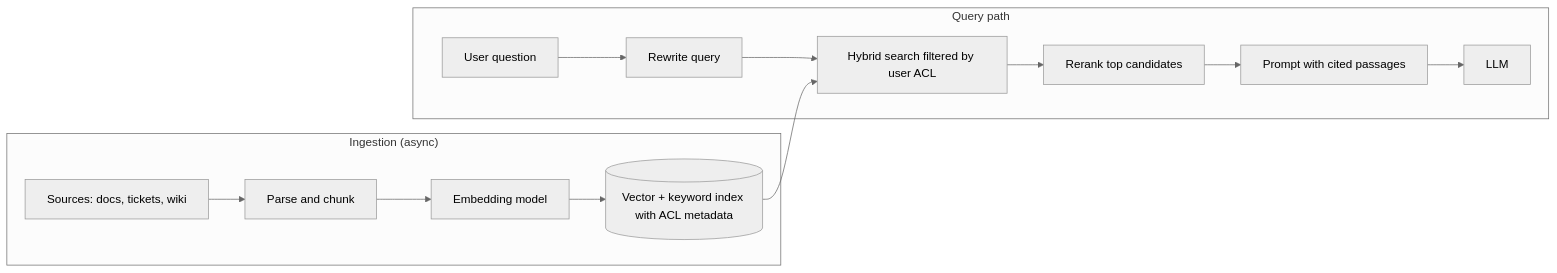
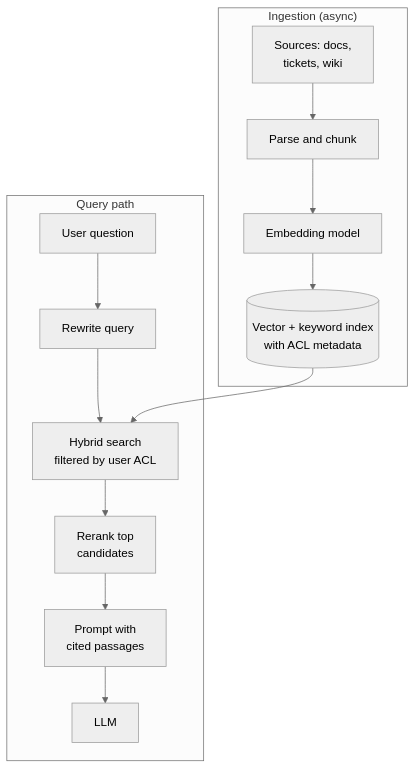
Before and after one commit to butyavk/system-design: the second of 2 diagrams in src/content/docs/architecture/llm-applications.mdx, drawn with Mermaid (neutral theme). The commit also changed other lines of this file and 144 other files, not shown here.

````diff
--- a/src/content/docs/architecture/llm-applications.mdx
+++ b/src/content/docs/architecture/llm-applications.mdx
@@ -112,16 +109,16 @@
 ```mermaid
-flowchart LR
+flowchart TB
   subgraph ingest["Ingestion (async)"]
-    src["Sources: docs, tickets, wiki"] --> parse["Parse and chunk"]
+    src["Sources: docs,<br/>tickets, wiki"] --> parse["Parse and chunk"]
     parse --> emb["Embedding model"]
-    emb --> idx[("Vector + keyword index with ACL metadata")]
+    emb --> idx[("Vector + keyword index<br/>with ACL metadata")]
   end
   subgraph query["Query path"]
     q["User question"] --> rw["Rewrite query"]
-    rw --> hyb["Hybrid search filtered by user ACL"]
-    hyb --> rr["Rerank top candidates"]
-    rr --> prompt["Prompt with cited passages"]
+    rw --> hyb["Hybrid search<br/>filtered by user ACL"]
+    hyb --> rr["Rerank top<br/>candidates"]
+    rr --> prompt["Prompt with<br/>cited passages"]
     prompt --> llm["LLM"]
   end
   idx --> hyb
 ```
````
